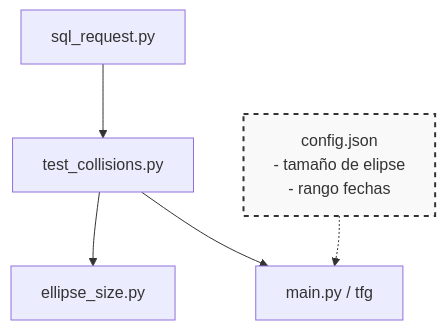
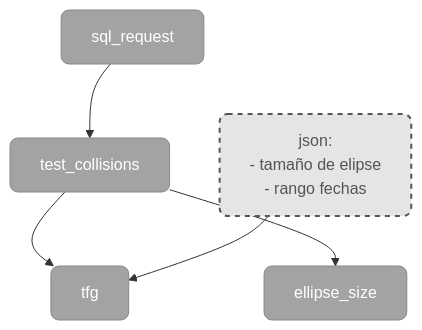
The diagram in README.md (PabloMartinmi/TFG-Navegacion-Agresiva), drawn with Mermaid before and after one commit. The commit also changed other lines of this file, not shown here.

````diff
--- a/README.md
+++ b/README.md
@@ -19,10 +23,22 @@
 ```mermaid
-graph TD
-    classDef config fill:#f9f9f9,stroke:#333,stroke-width:2px,stroke-dasharray: 5 5;
+flowchart TD
+    %% Definición de estilos imitando la imagen
+    classDef caja fill:#a3a3a3,stroke:#888,stroke-width:1px,color:#fff,rx:8px,ry:8px;
+    classDef cajaDashed fill:#e5e5e5,stroke:#555,stroke-width:2px,stroke-dasharray: 5 5,color:#555,rx:8px,ry:8px;
+
+    %% Declaración de nodos
+    SQL[sql_request]:::caja
+    ES[ellipse_size]:::caja
+    TC[test_collisions]:::caja
+    TFG[tfg]:::caja
+    JSON["json:<br>- tamaño de elipse<br>- rango fechas"]:::cajaDashed
+
+    %% Conexiones invisibles para forzar la estructura visual
+    SQL ~~~ JSON
     
-    SQL[sql_request.py] --> TC[test_collisions.py]
-    TC --> ES[ellipse_size.py]
-    TC --> MAIN[main.py / tfg]
-    JSON[config.json<br>- tamaño de elipse<br>- rango fechas] -.-> MAIN
-    class JSON config;
+    %% Flujo real de las flechas
+    SQL --> TC
+    TC --> ES
+    TC --> TFG
+    JSON --> TFG
 ```
````
